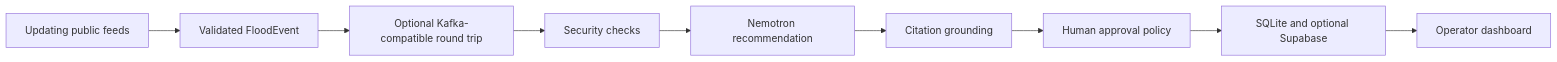
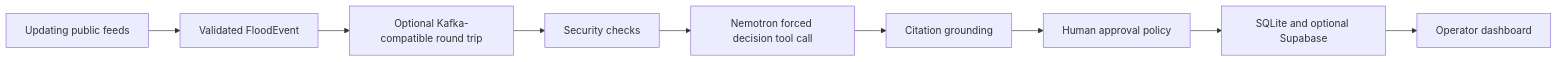
One commit to gedyeyasu/austin-floodops changed the diagram in docs/architecture.md. Above: the diagram before and after it, drawn with Mermaid. The commit also changed other lines of this file and 15 other files, not shown here.

````diff
--- a/docs/architecture.md
+++ b/docs/architecture.md
@@ -5,11 +5,11 @@
 ```mermaid
 flowchart LR
     LIVE["Updating public feeds"] --> EVENT["Validated FloodEvent"]
     EVENT --> STREAM["Optional Kafka-compatible round trip"]
     STREAM --> GUARD["Security checks"]
-    GUARD --> AI["Nemotron recommendation"]
+    GUARD --> AI["Nemotron forced decision tool call"]
     AI --> CITE["Citation grounding"]
     CITE --> POLICY["Human approval policy"]
     POLICY --> STORE["SQLite and optional Supabase"]
     STORE --> UI["Operator dashboard"]
 ```
````
